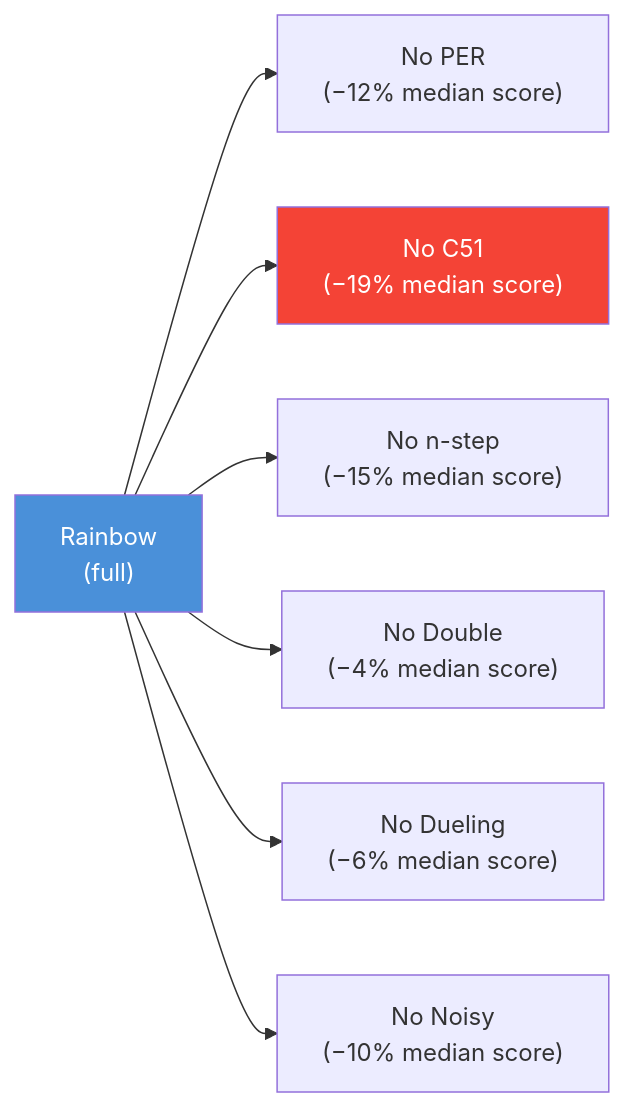
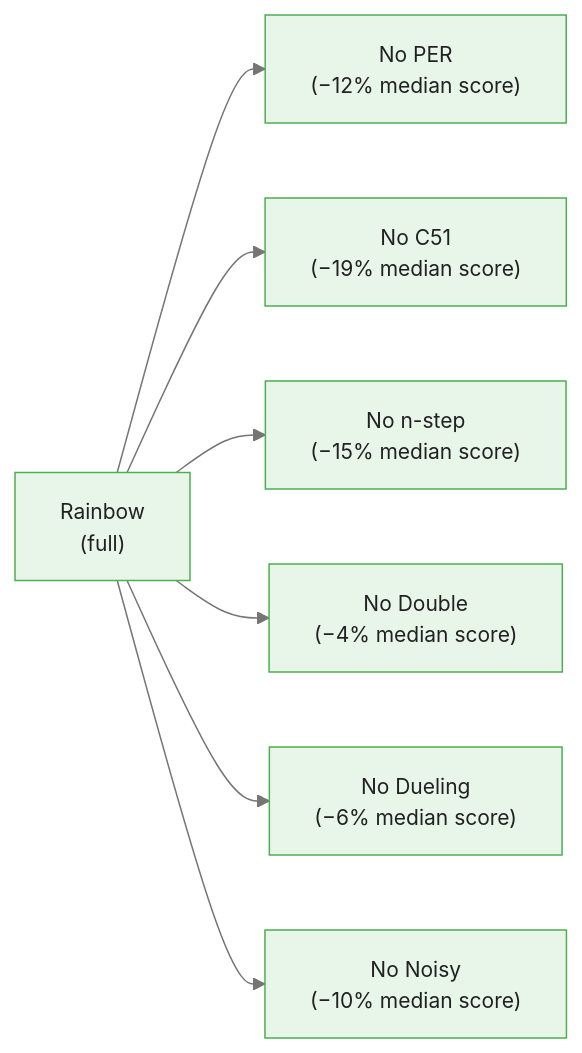
The third of 4 diagrams in courses/reinforcement-learning/modules/module_05_deep_rl/guides/02_dqn_improvements_slides.md (m-deane/course-creator), drawn with Mermaid before and after one commit. The commit also changed other lines of this file and 131 other files, not shown here.

````diff
--- a/courses/reinforcement-learning/modules/module_05_deep_rl/guides/02_dqn_improvements_slides.md
+++ b/courses/reinforcement-learning/modules/module_05_deep_rl/guides/02_dqn_improvements_slides.md
@@ -396,20 +460,19 @@
 ```mermaid
+%%{init: {"theme": "base", "themeVariables": {"primaryColor": "#e8f5e9", "primaryBorderColor": "#4caf50", "primaryTextColor": "#212121", "secondaryColor": "#e3f2fd", "tertiaryColor": "#fff8e1", "lineColor": "#757575", "fontFamily": "Inter, sans-serif", "fontSize": "14px"}}}%%
 graph LR
     FULL["Rainbow\n(full)"]
     NO_PER["No PER\n(−12% median score)"]
     NO_DIST["No C51\n(−19% median score)"]
     NO_MULTI["No n-step\n(−15% median score)"]
     NO_DOUBLE["No Double\n(−4% median score)"]
     NO_DUEL["No Dueling\n(−6% median score)"]
     NO_NOISY["No Noisy\n(−10% median score)"]
 
     FULL --> NO_PER
     FULL --> NO_DIST
     FULL --> NO_MULTI
     FULL --> NO_DOUBLE
     FULL --> NO_DUEL
     FULL --> NO_NOISY
 
-    style FULL fill:#4A90D9,color:#fff
-    style NO_DIST fill:#F44336,color:#fff
 ```
````
